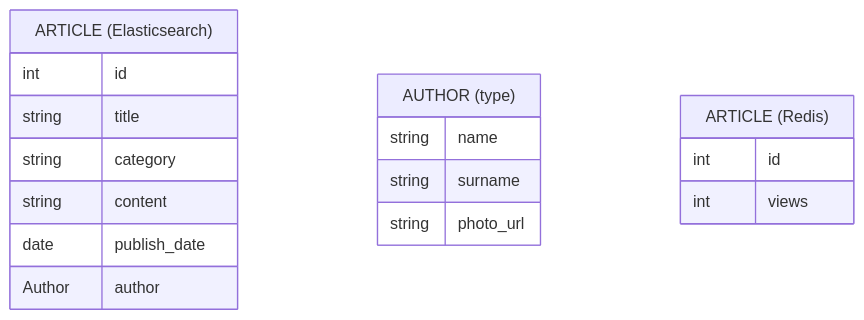
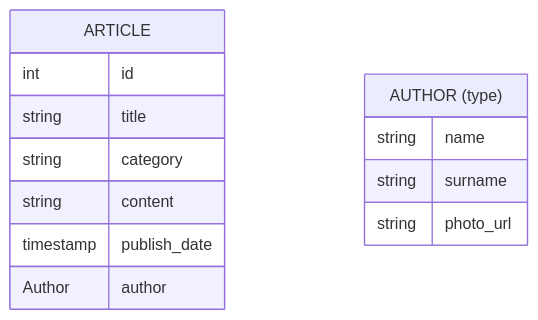
The second of 3 diagrams in README.md (Arnasst/nereliacines-news-portal), drawn with Mermaid before and after one commit. The commit also changed other lines of this file and 2 other files, not shown here.

First line of the commit message:
Add redis queries (#2)

````diff
--- a/README.md
+++ b/README.md
@@ -83,24 +74,19 @@
 ```mermaid
 
 erDiagram
-    "ARTICLE (Elasticsearch)" {
+    "ARTICLE" {
         int id
         string title
         string category
         string content
-        date publish_date
+        timestamp publish_date
         Author author
     }
 
     "AUTHOR (type)" {
         string name
         string surname
         string photo_url
     }
 
-    "ARTICLE (Redis)" {
-        int id
-        int views
-    }
-
 ```
````
